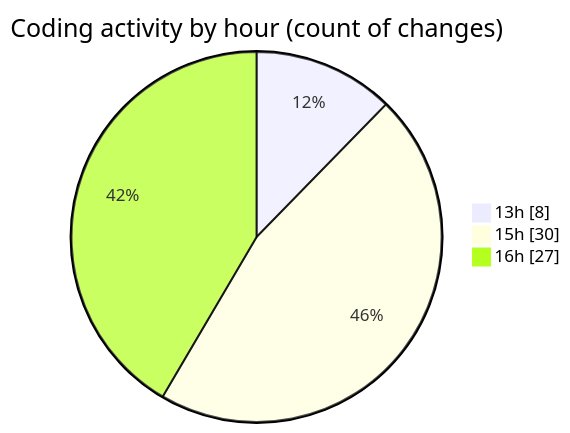
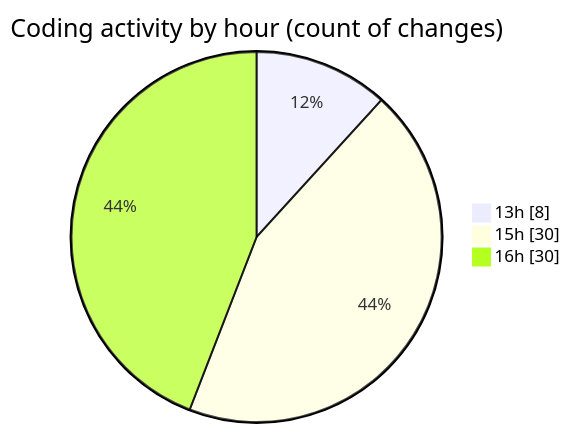
Before and after one commit to nxtqubesakshisongat/code-tracking: the second of 2 diagrams in 2025-04-08/nxtqube_webapp/README.md, drawn with Mermaid. The commit also changed other lines of this file and 1 other file, not shown here.

````diff
--- a/2025-04-08/nxtqube_webapp/README.md
+++ b/2025-04-08/nxtqube_webapp/README.md
@@ -30,7 +30,7 @@
 ```mermaid
 pie showData
 title Coding activity by hour (count of changes)
 "13h" : 8
 "15h" : 30
-"16h" : 27
+"16h" : 30
 ```
````
